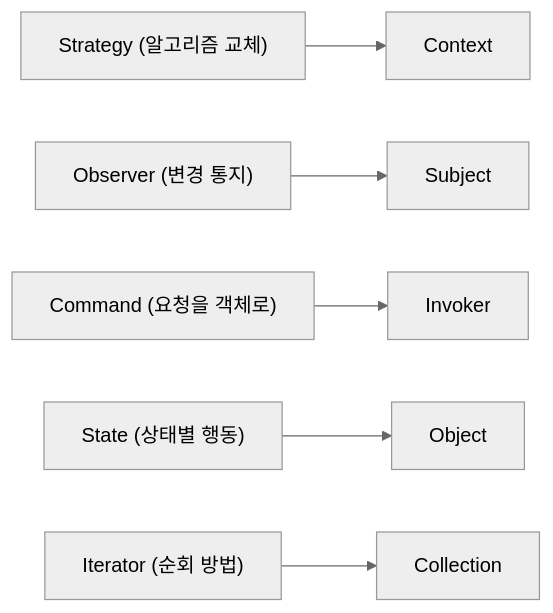
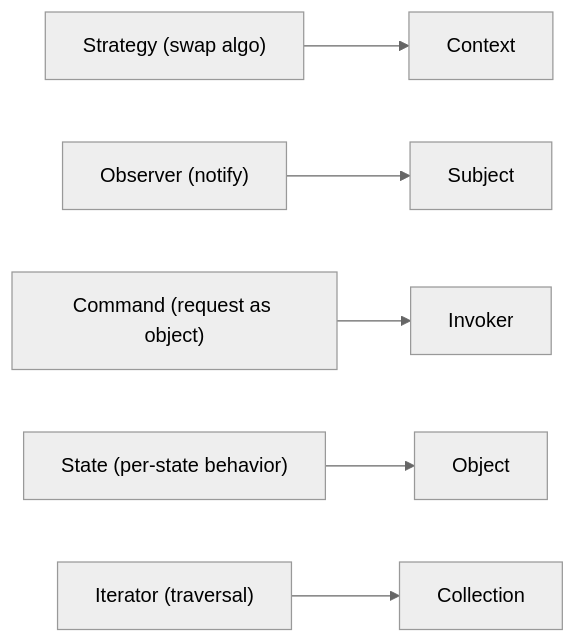
One commit to yeongseon-books/book-content changed the diagram in content/design-patterns-101/ko/04-behavioral-patterns.md. Above: the diagram before and after it, drawn with Mermaid (neutral theme). The commit also changed other lines of this file and 9 other files, not shown here.

````diff
--- a/content/design-patterns-101/ko/04-behavioral-patterns.md
+++ b/content/design-patterns-101/ko/04-behavioral-patterns.md
@@ -36,8 +50,8 @@
 ```mermaid
 flowchart LR
-    S["Strategy (알고리즘 교체)"] --> Ctx["Context"]
-    O["Observer (변경 통지)"] --> Sub["Subject"]
-    Cmd["Command (요청을 객체로)"] --> Inv["Invoker"]
-    St["State (상태별 행동)"] --> Obj["Object"]
-    It["Iterator (순회 방법)"] --> Col["Collection"]
+    S["Strategy (swap algo)"] --> Ctx["Context"]
+    O["Observer (notify)"] --> Sub["Subject"]
+    Cmd["Command (request as object)"] --> Inv["Invoker"]
+    St["State (per-state behavior)"] --> Obj["Object"]
+    It["Iterator (traversal)"] --> Col["Collection"]
 ```
````
